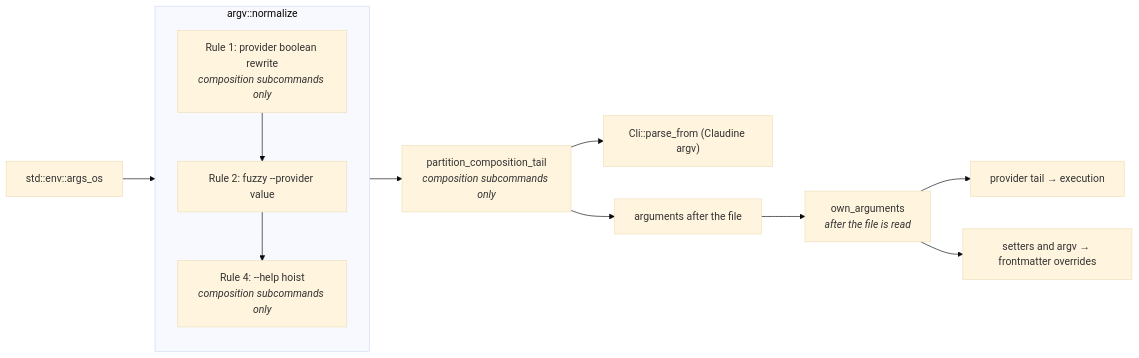
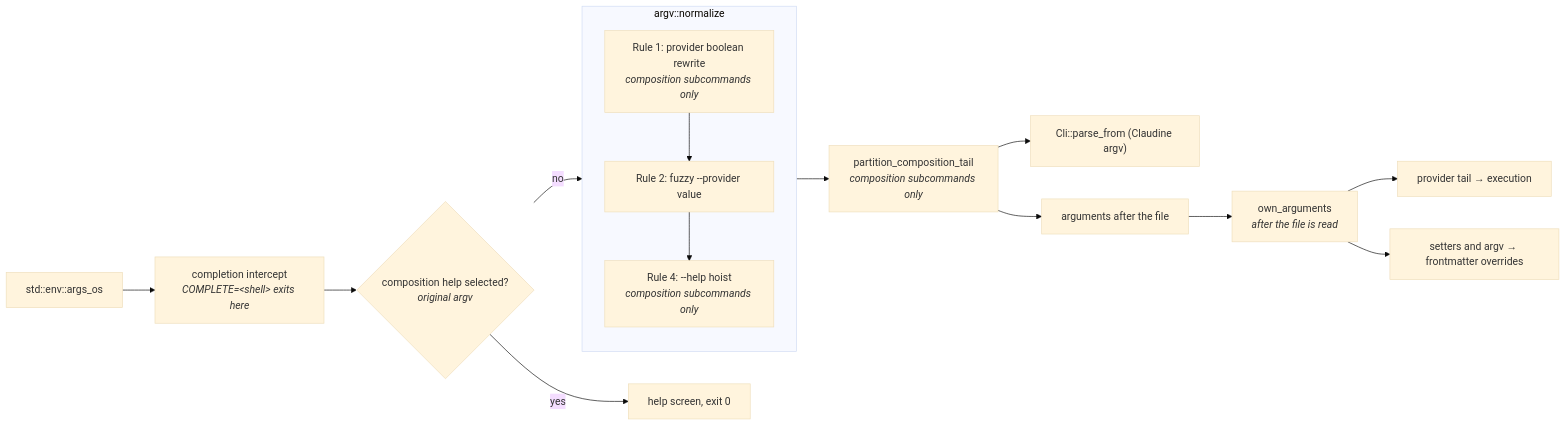
Before and after one commit to yankeeinlondon/rusty-biscuit: the first of 2 diagrams in claudine/docs/topics/argv-normalization.md, drawn with Mermaid (base theme). The commit also changed other lines of this file and 5 other files, not shown here.

First line of the commit message:
docs(claudine): document composition command help

````diff
--- a/claudine/docs/topics/argv-normalization.md
+++ b/claudine/docs/topics/argv-normalization.md
@@ -23,17 +23,20 @@
 ```mermaid
 flowchart LR
-    A["std::env::args_os"] --> B["argv::normalize"]
+    A["std::env::args_os"] --> CI["completion intercept<br/><i>COMPLETE=&lt;shell&gt; exits here</i>"]
+    CI --> H{"composition help selected?<br/><i>original argv</i>"}
+    H -- "yes" --> HE["help screen, exit 0"]
+    H -- "no" --> B["argv::normalize"]
     subgraph B["argv::normalize"]
         direction TB
         R1["Rule 1: provider boolean rewrite<br/><i>composition subcommands only</i>"]
         R2["Rule 2: fuzzy --provider value"]
         R4["Rule 4: --help hoist<br/><i>composition subcommands only</i>"]
         R1 --> R2 --> R4
     end
     B --> P["partition_composition_tail<br/><i>composition subcommands only</i>"]
     P --> C["Cli::parse_from (Claudine argv)"]
     P --> T["arguments after the file"]
     T --> O["own_arguments<br/><i>after the file is read</i>"]
     O --> TL["provider tail → execution"]
     O --> ST["setters and argv → frontmatter overrides"]
 ```
````
